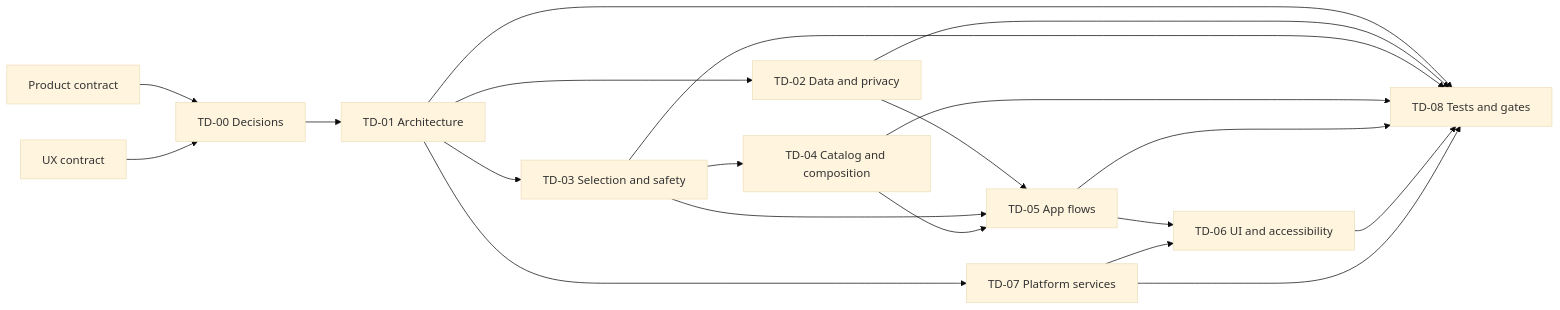
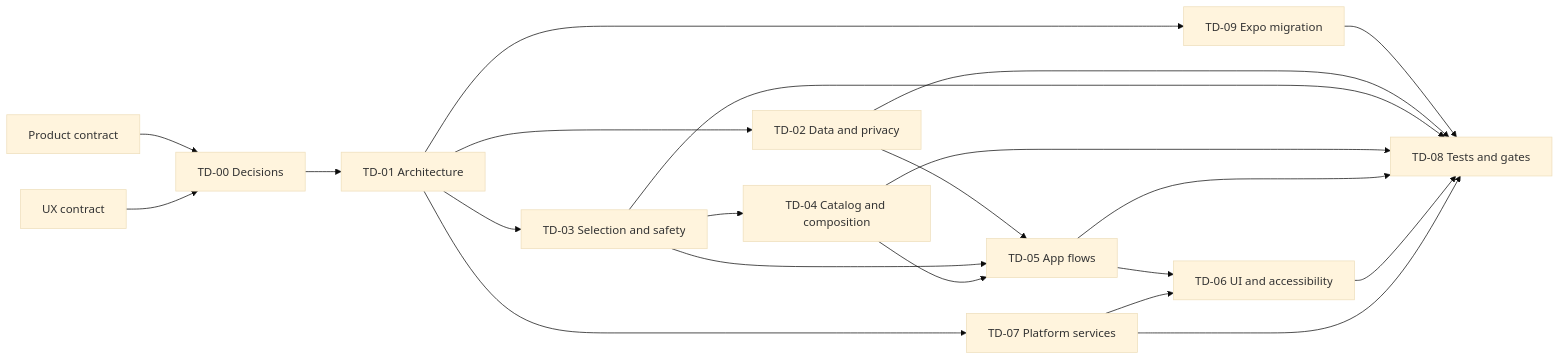
Before and after one commit to Sasnigs/kineo: the diagram in docs/technical/00_TECHNICAL_DESIGN_INDEX.md, drawn with Mermaid (base theme). The commit also changed other lines of this file and 8 other files, not shown here.

Commit message:
Document Expo parity migration

````diff
--- a/docs/technical/00_TECHNICAL_DESIGN_INDEX.md
+++ b/docs/technical/00_TECHNICAL_DESIGN_INDEX.md
@@ -28,22 +28,23 @@
 ```mermaid
 flowchart LR
     product[Product contract] --> index[TD-00 Decisions]
     ux[UX contract] --> index
     index --> architecture[TD-01 Architecture]
     architecture --> data[TD-02 Data and privacy]
     architecture --> engine[TD-03 Selection and safety]
     architecture --> platform[TD-07 Platform services]
     engine --> catalog[TD-04 Catalog and composition]
     data --> flows[TD-05 App flows]
     engine --> flows
     catalog --> flows
     flows --> ui[TD-06 UI and accessibility]
     platform --> ui
-    architecture --> tests[TD-08 Tests and gates]
+    architecture --> migration[TD-09 Expo migration]
+    migration --> tests[TD-08 Tests and gates]
     data --> tests
     engine --> tests
     catalog --> tests
     flows --> tests
     ui --> tests
     platform --> tests
 ```
````
